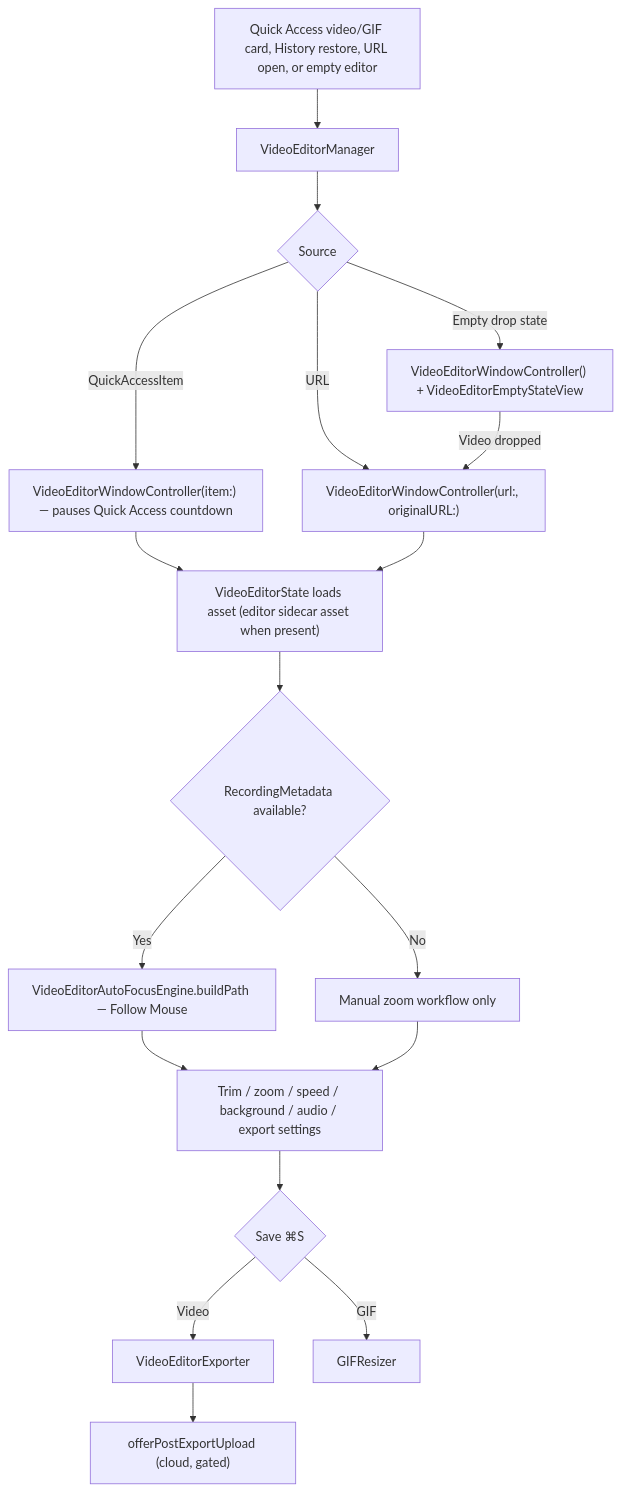
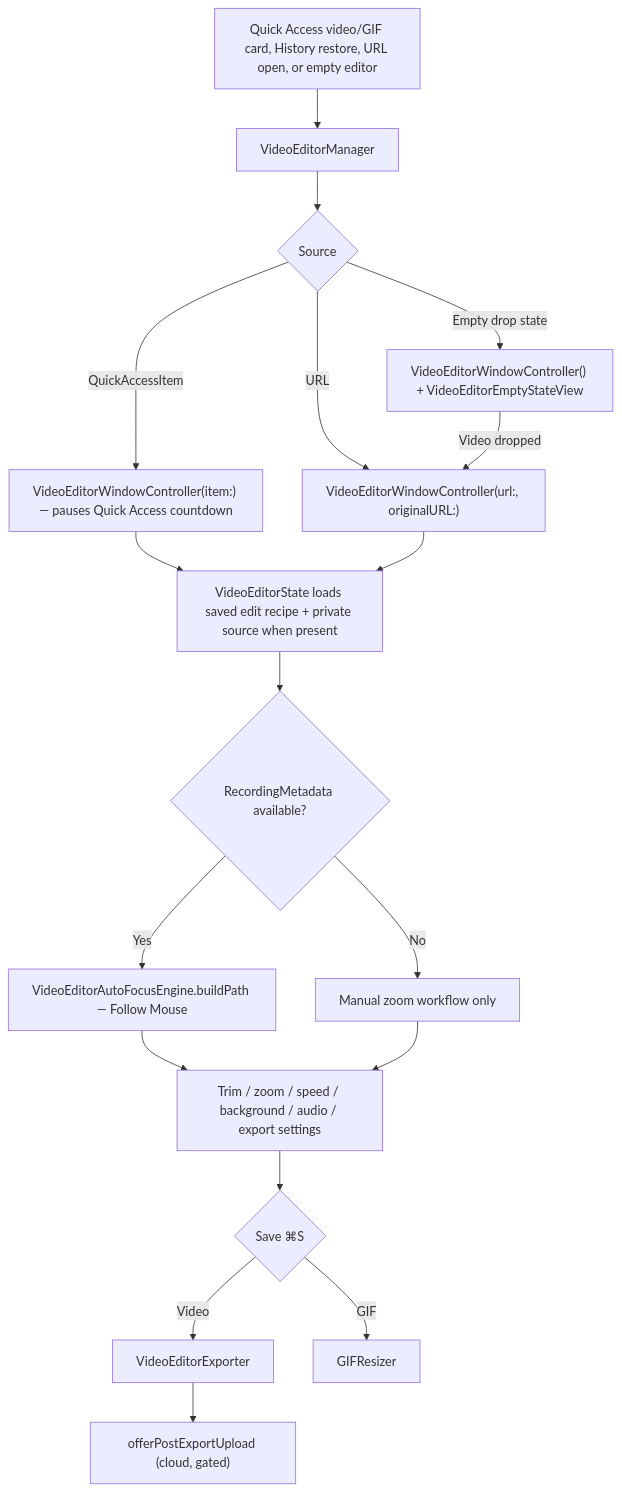
The diagram in docs/VIDEO_EDITOR.md (duongductrong/Snapzy), drawn with Mermaid before and after one commit. The commit also changed other lines of this file and 22 other files, not shown here.

First line of the commit message:
feat: Added non-destructive video editor session persistence

````diff
--- a/docs/VIDEO_EDITOR.md
+++ b/docs/VIDEO_EDITOR.md
@@ -37,21 +37,21 @@
 ```mermaid
 flowchart TD
     A["Quick Access video/GIF card, History restore, URL open, or empty editor"] --> B["VideoEditorManager"]
     B --> C{"Source"}
     C -->|QuickAccessItem| D["VideoEditorWindowController(item:) — pauses Quick Access countdown"]
     C -->|URL| E["VideoEditorWindowController(url:, originalURL:)"]
     C -->|Empty drop state| F["VideoEditorWindowController() + VideoEditorEmptyStateView"]
 
-    D --> G["VideoEditorState loads asset (editor sidecar asset when present)"]
+    D --> G["VideoEditorState loads saved edit recipe + private source when present"]
     E --> G
     F -->|Video dropped| E
     G --> H{"RecordingMetadata available?"}
     H -->|Yes| I["VideoEditorAutoFocusEngine.buildPath — Follow Mouse"]
     H -->|No| J["Manual zoom workflow only"]
     I --> K["Trim / zoom / speed / background / audio / export settings"]
     J --> K
     K --> L{"Save ⌘S"}
     L -->|Video| M["VideoEditorExporter"]
     L -->|GIF| N["GIFResizer"]
     M --> O["offerPostExportUpload (cloud, gated)"]
 ```
````
